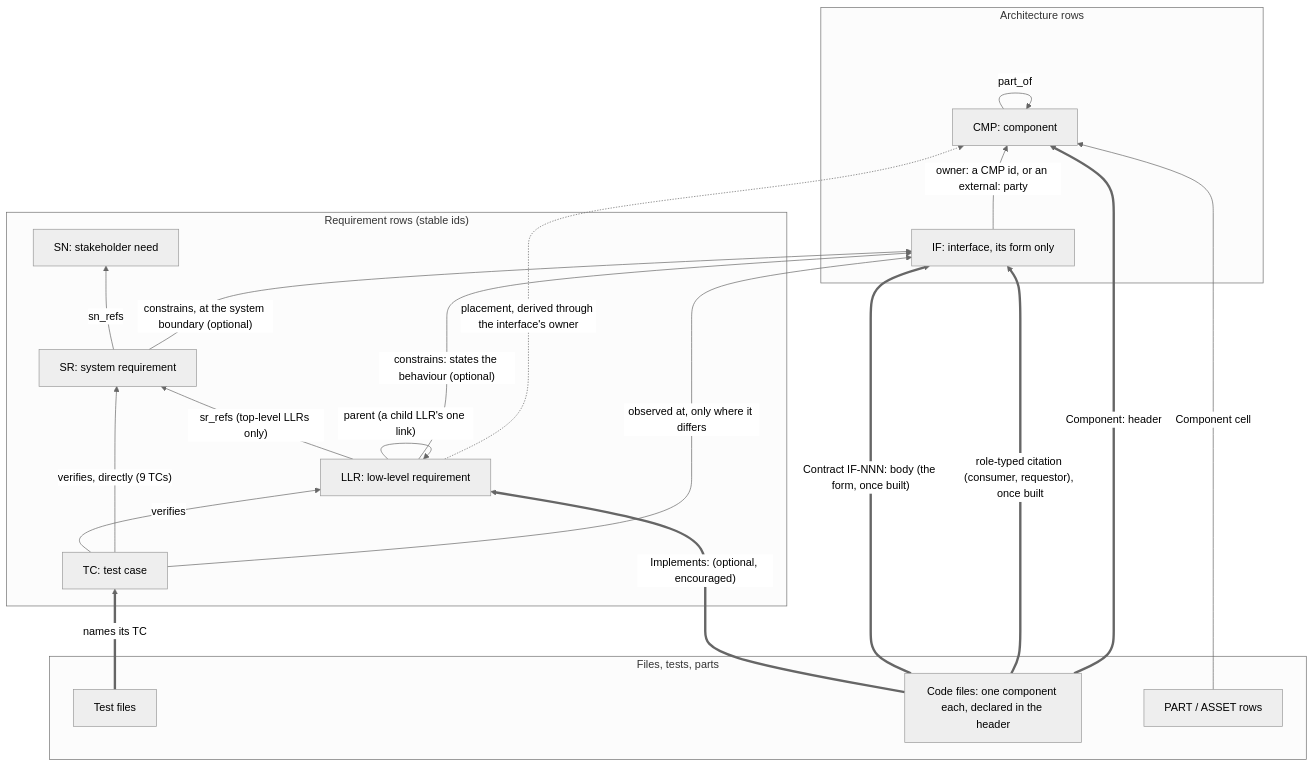
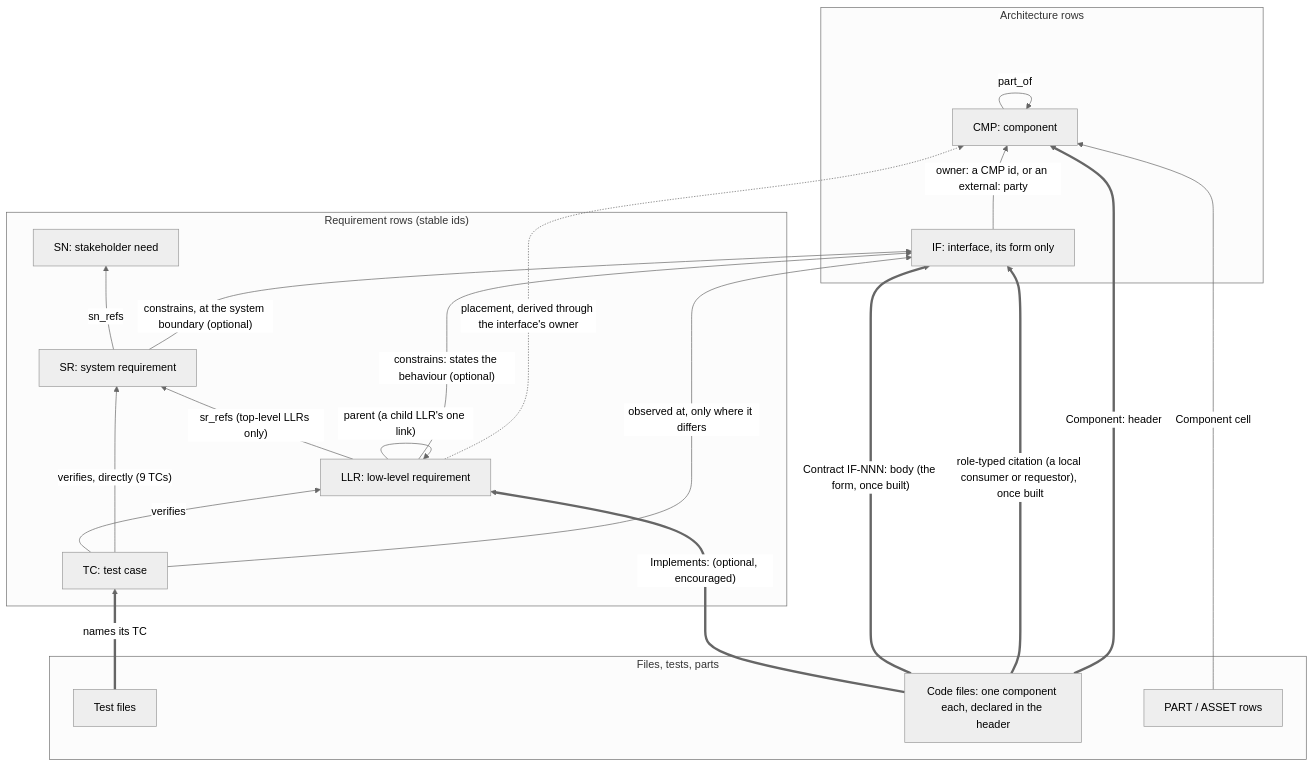
One commit to diytechy/ai-template changed the diagram in docs/plans/2026-10-11-review-churn/pointer-rules.md. Above: the diagram before and after it, drawn with Mermaid (neutral theme). The commit also changed other lines of this file and 11 other files, not shown here.

````diff
--- a/docs/plans/2026-10-11-review-churn/pointer-rules.md
+++ b/docs/plans/2026-10-11-review-churn/pointer-rules.md
@@ -21,36 +22,36 @@
 ```mermaid
 flowchart BT
   subgraph REQ["Requirement rows (stable ids)"]
     SN["SN: stakeholder need"]
     SR["SR: system requirement"]
     LLR["LLR: low-level requirement"]
     TC["TC: test case"]
   end
   subgraph ARCH["Architecture rows"]
     IF["IF: interface, its form only"]
     CMP["CMP: component"]
   end
   subgraph REAL["Files, tests, parts"]
     TESTS["Test files"]
     CODE["Code files: one component each, declared in the header"]
     PARTS["PART / ASSET rows"]
   end
 
   SR -->|sn_refs| SN
   LLR -->|"sr_refs (top-level LLRs only)"| SR
   LLR -->|"parent (a child LLR's one link)"| LLR
   TC -->|verifies| LLR
   TC -->|"verifies, directly (9 TCs)"| SR
   LLR -->|"constrains: states the behaviour (optional)"| IF
   SR -->|"constrains, at the system boundary (optional)"| IF
   TC -->|"observed at, only where it differs"| IF
   IF -->|"owner: a CMP id, or an external: party"| CMP
   CMP -->|part_of| CMP
   TESTS ==>|"names its TC"| TC
   CODE ==>|"Implements: (optional, encouraged)"| LLR
   CODE ==>|"Contract IF-NNN: body (the form, once built)"| IF
-  CODE ==>|"role-typed citation (consumer, requestor), once built"| IF
+  CODE ==>|"role-typed citation (a local consumer or requestor), once built"| IF
   CODE ==>|"Component: header"| CMP
   PARTS -->|Component cell| CMP
   LLR -. "placement, derived through the interface's owner" .-> CMP
 ```
````
